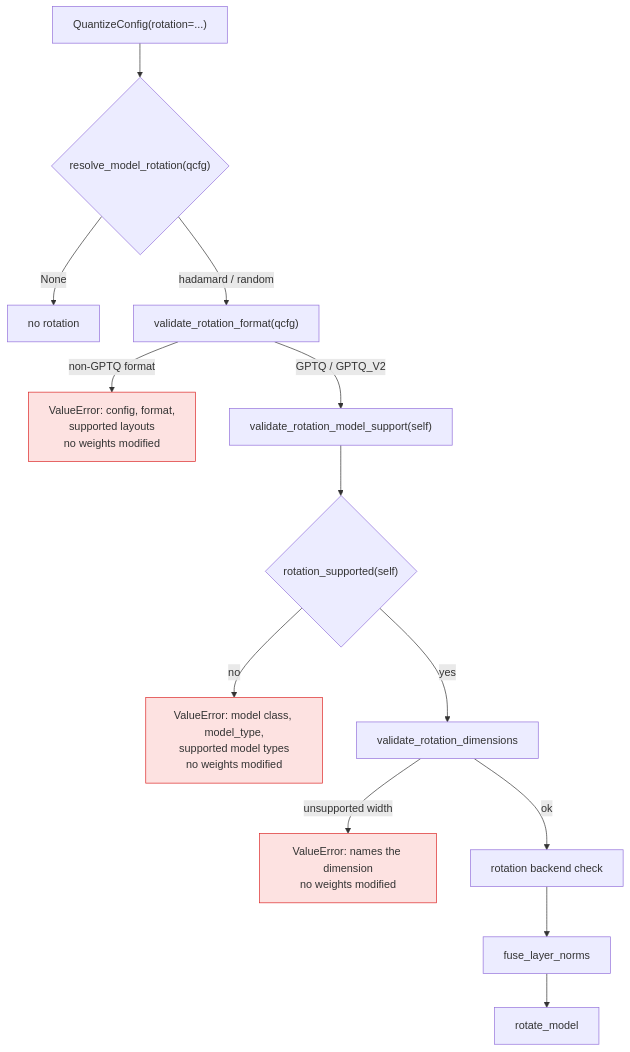
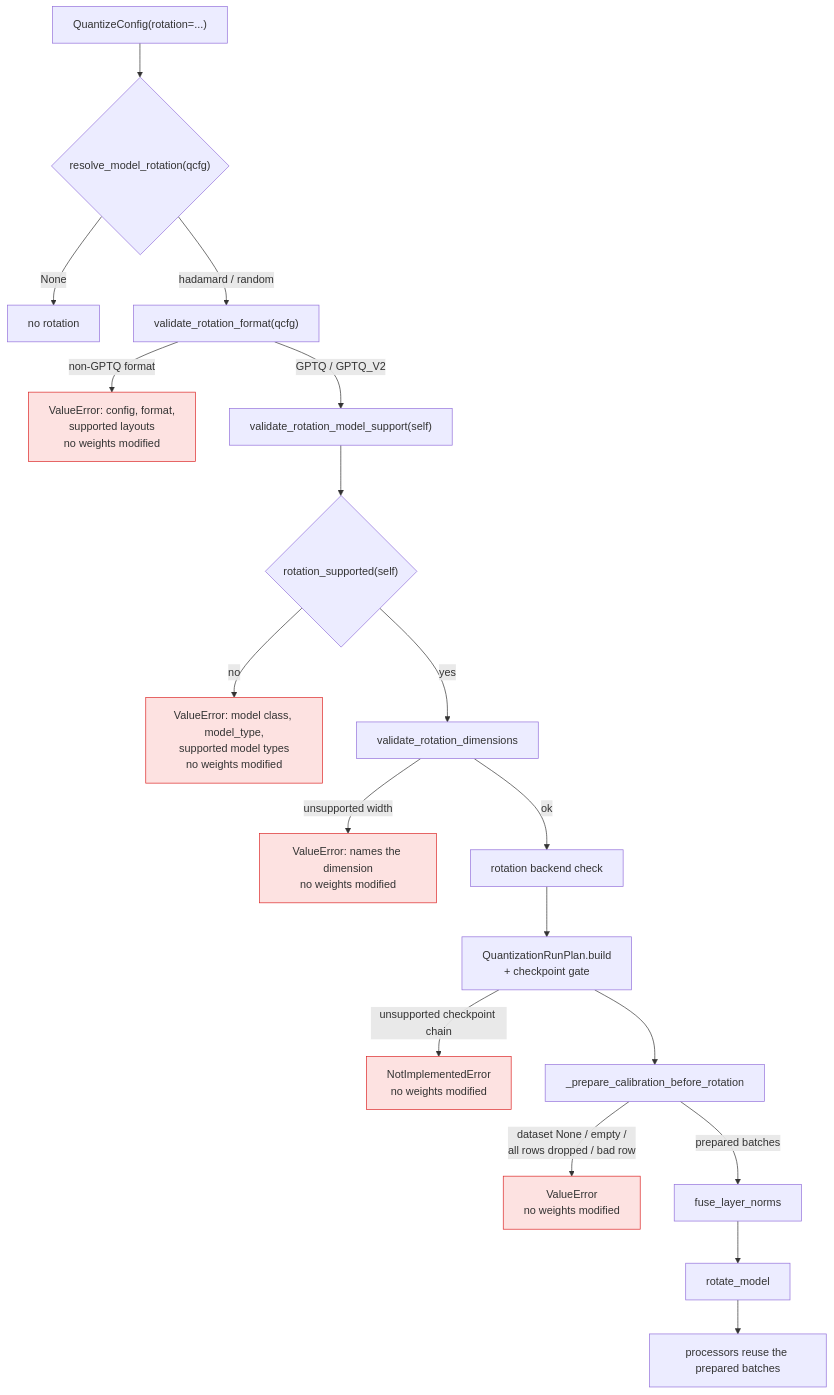
Before and after one commit to ModelCloud/GPTQModel: the first of 2 diagrams in docs/rotation-model-support.md, drawn with Mermaid. The commit also changed other lines of this file and 3 other files, not shown here.

````diff
--- a/docs/rotation-model-support.md
+++ b/docs/rotation-model-support.md
@@ -38,18 +38,25 @@
 ```mermaid
 flowchart TD
     A["QuantizeConfig(rotation=...)"] --> B{"resolve_model_rotation(qcfg)"}
     B -->|"None"| Z["no rotation"]
     B -->|"hadamard / random"| C["validate_rotation_format(qcfg)"]
     C -->|"non-GPTQ format"| E0["ValueError: config, format,<br/>supported layouts<br/>no weights modified"]
     C -->|"GPTQ / GPTQ_V2"| D0["validate_rotation_model_support(self)"]
     D0 --> D{"rotation_supported(self)"}
     D -->|"no"| E["ValueError: model class, model_type,<br/>supported model types<br/>no weights modified"]
     D -->|"yes"| F["validate_rotation_dimensions"]
     F -->|"unsupported width"| G["ValueError: names the dimension<br/>no weights modified"]
     F -->|"ok"| H["rotation backend check"]
-    H --> I["fuse_layer_norms"]
+    H --> R["QuantizationRunPlan.build<br/>+ checkpoint gate"]
+    R -->|"unsupported checkpoint chain"| E1["NotImplementedError<br/>no weights modified"]
+    R --> P["_prepare_calibration_before_rotation"]
+    P -->|"dataset None / empty /<br/>all rows dropped / bad row"| E2["ValueError<br/>no weights modified"]
+    P -->|"prepared batches"| I["fuse_layer_norms"]
     I --> J["rotate_model"]
+    J --> K["processors reuse the prepared batches"]
     style E fill:#fde2e1,stroke:#dc2626
     style E0 fill:#fde2e1,stroke:#dc2626
+    style E1 fill:#fde2e1,stroke:#dc2626
+    style E2 fill:#fde2e1,stroke:#dc2626
     style G fill:#fde2e1,stroke:#dc2626
 ```
````
